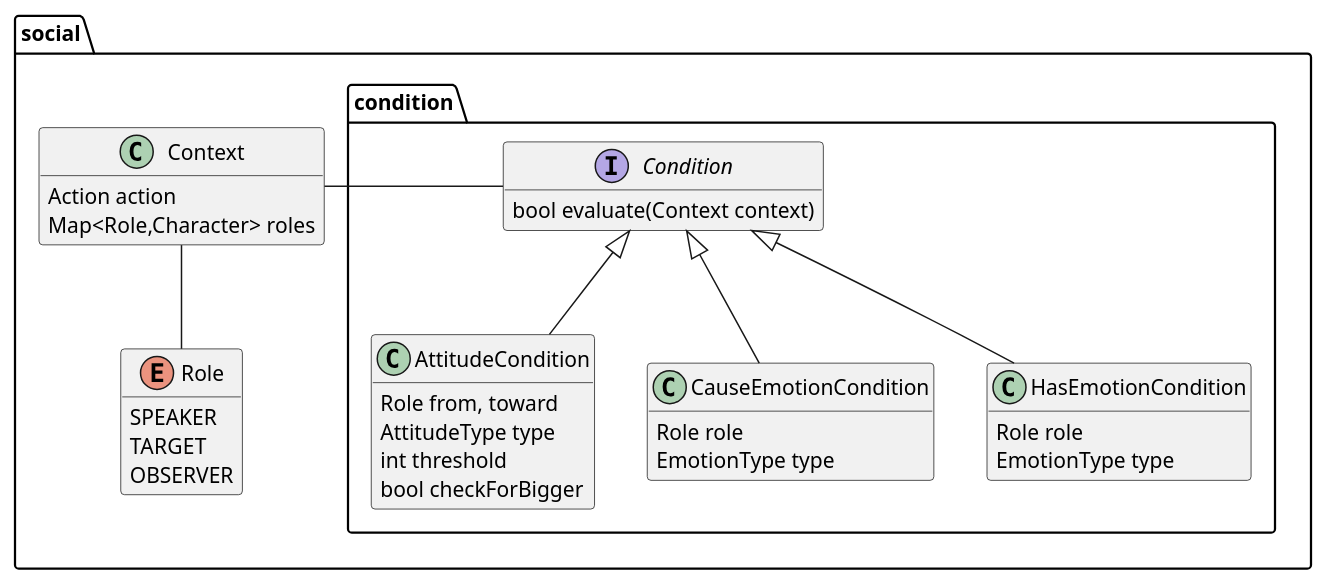
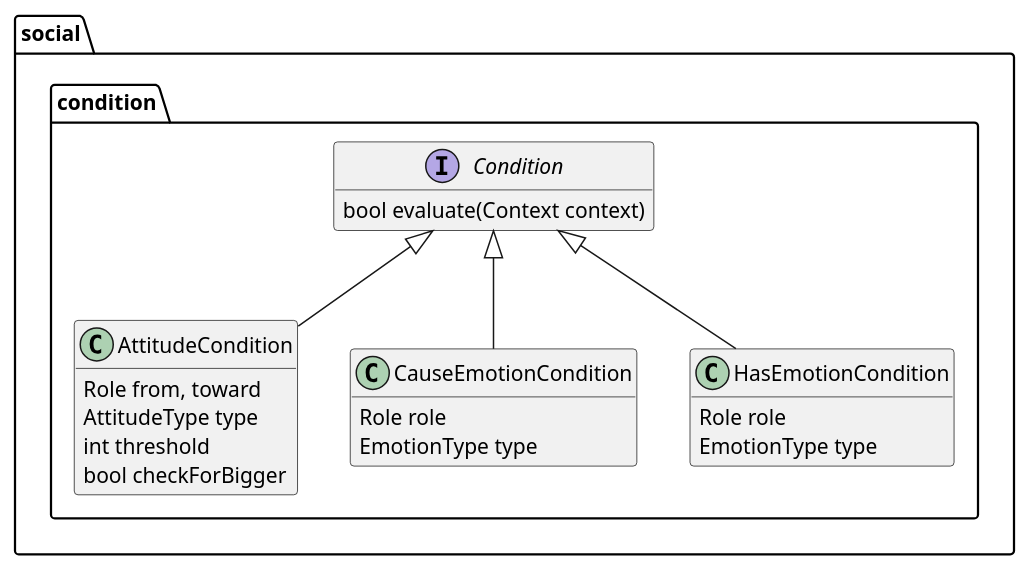
One commit to Orchaldir/SocialSimulation changed the diagram in doc/design/condition.puml. Above: the diagram before and after it, drawn with PlantUML. The commit also changed 2 other files, not shown here.

```diff
--- a/doc/design/condition.puml
+++ b/doc/design/condition.puml
@@ -1,53 +1,39 @@
 @startuml
 
 hide empty members
 
 package social {
 
 package condition {
 
 interface Condition {
   bool evaluate(Context context)
 }
 
 class AttitudeCondition {
   Role from, toward
   AttitudeType type
   int threshold
   bool checkForBigger
 }
 
 class CauseEmotionCondition {
   Role role
   EmotionType type
 }
 
 class HasEmotionCondition {
   Role role
   EmotionType type
 }
 
 }
 
-enum Role {
-  SPEAKER
-  TARGET
-  OBSERVER
 }
 
-class Context {
-  Action action
-  Map<Role,Character> roles
-}
-
-}
-
-Condition -left- Context
 Condition <|-- AttitudeCondition
 Condition <|-- CauseEmotionCondition
 Condition <|-- HasEmotionCondition
 
-Context -- Role
-
 
 @enduml
```
